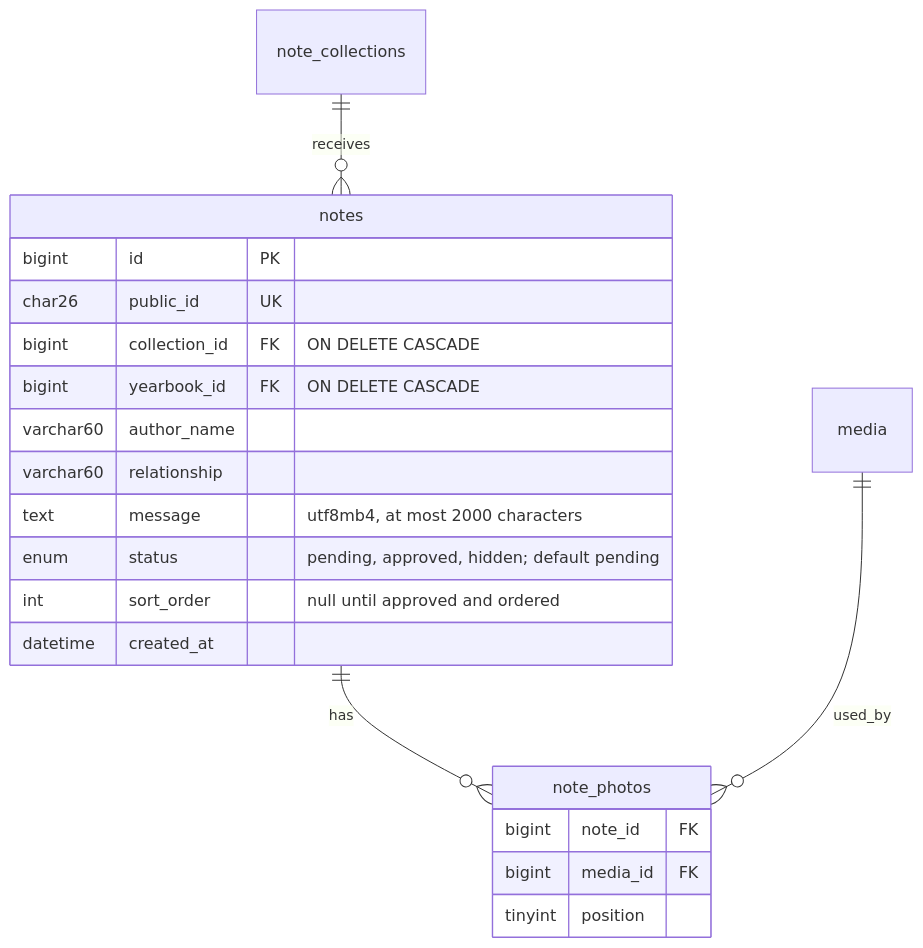
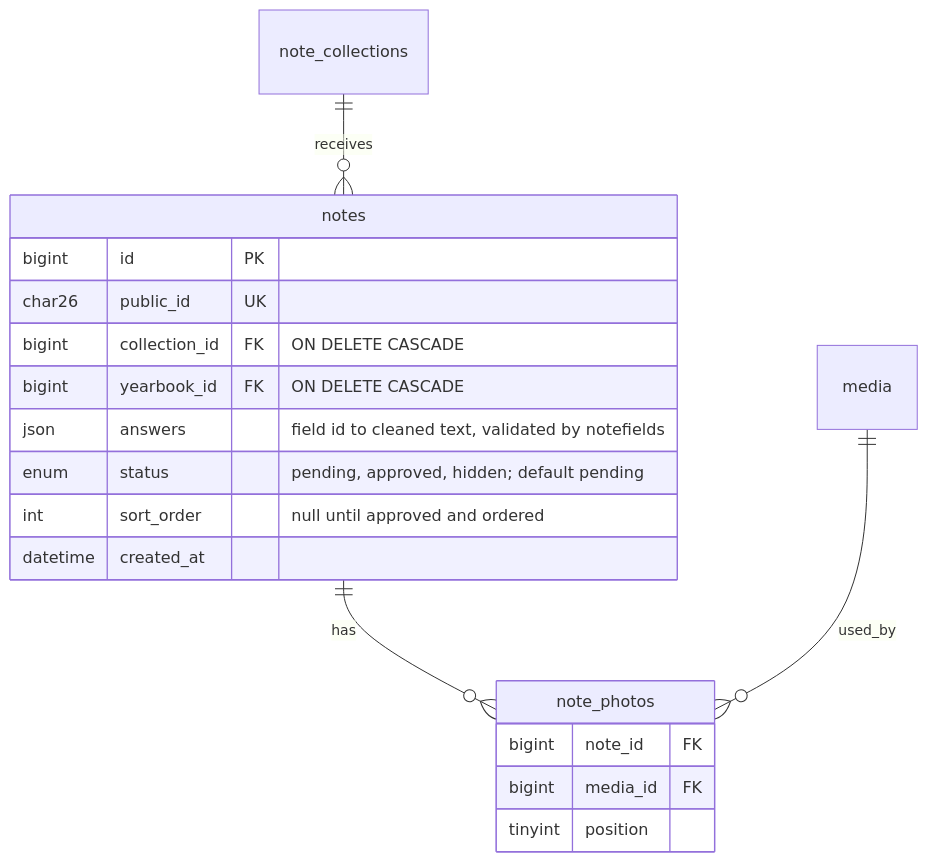
The second of 2 diagrams in .team/epics/E04-friends-notes/02-public-note-submission.md (danyaa666/smemories), drawn with Mermaid before and after one commit. The commit also changed other lines of this file and 12 other files, not shown here.

````diff
--- a/.team/epics/E04-friends-notes/02-public-note-submission.md
+++ b/.team/epics/E04-friends-notes/02-public-note-submission.md
@@ -54,23 +55,21 @@
 ```mermaid
 erDiagram
     note_collections ||--o{ notes : receives
     notes ||--o{ note_photos : has
     media ||--o{ note_photos : used_by
     notes {
         bigint id PK
         char26 public_id UK
         bigint collection_id FK "ON DELETE CASCADE"
         bigint yearbook_id FK "ON DELETE CASCADE"
-        varchar60 author_name
-        varchar60 relationship
-        text message "utf8mb4, at most 2000 characters"
+        json answers "field id to cleaned text, validated by notefields"
         enum status "pending, approved, hidden; default pending"
         int sort_order "null until approved and ordered"
         datetime created_at
     }
     note_photos {
         bigint note_id FK
         bigint media_id FK
         tinyint position
     }
 ```
````
